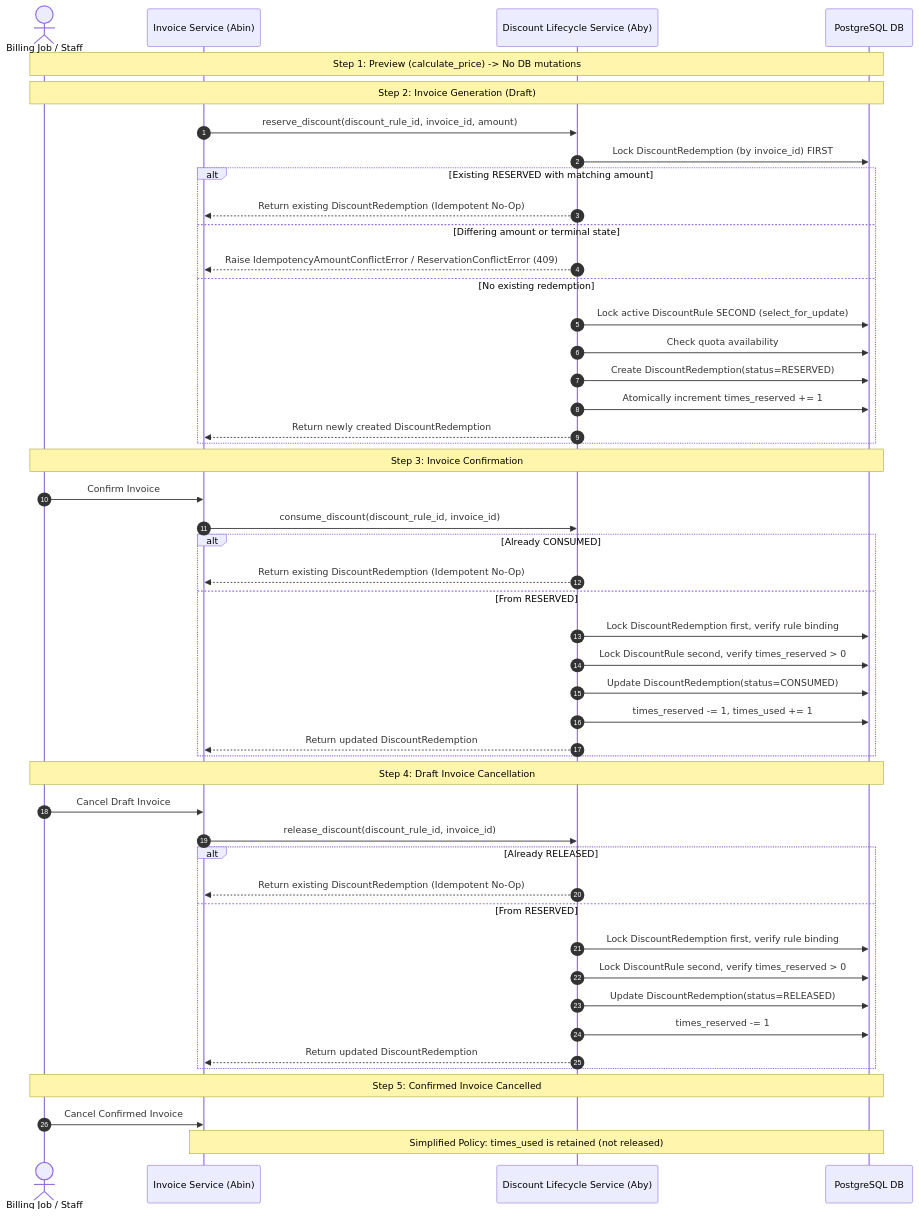
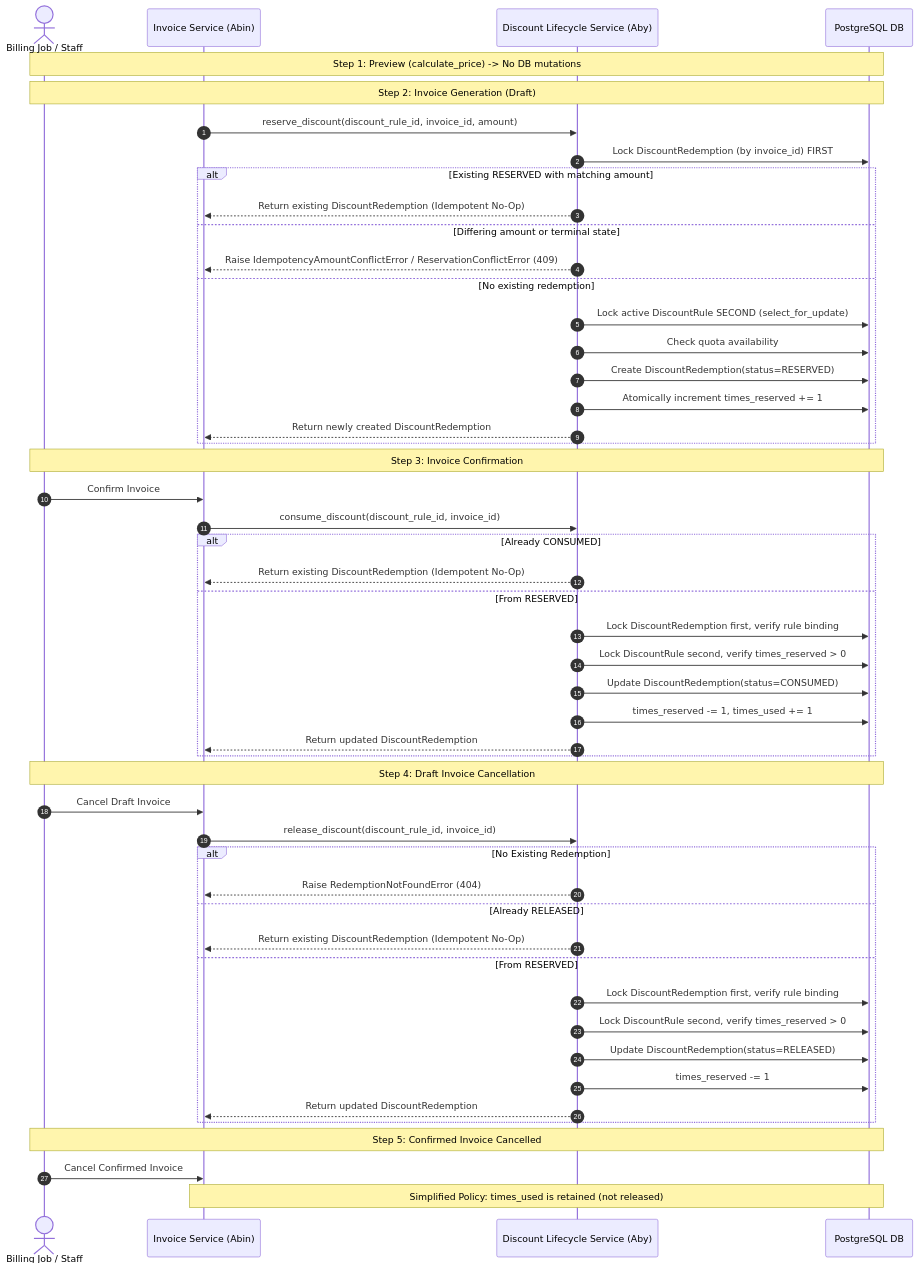
The second of 2 diagrams in docs/contracts/aby-catalog-pricing-contract.md (whyrijin/hack2026), drawn with Mermaid before and after one commit. The commit also changed other lines of this file, not shown here.

````diff
--- a/docs/contracts/aby-catalog-pricing-contract.md
+++ b/docs/contracts/aby-catalog-pricing-contract.md
@@ -917,55 +942,57 @@
 ```mermaid
 sequenceDiagram
     autonumber
     actor Staff as Billing Job / Staff
     participant Billing as Invoice Service (Abin)
     participant Disc as Discount Lifecycle Service (Aby)
     participant DB as PostgreSQL DB
 
     Note over Staff,DB: Step 1: Preview (calculate_price) -> No DB mutations
 
     Note over Staff,DB: Step 2: Invoice Generation (Draft)
     Billing->>Disc: reserve_discount(discount_rule_id, invoice_id, amount)
     Disc->>DB: Lock DiscountRedemption (by invoice_id) FIRST
     alt Existing RESERVED with matching amount
         Disc-->>Billing: Return existing DiscountRedemption (Idempotent No-Op)
     else Differing amount or terminal state
         Disc-->>Billing: Raise IdempotencyAmountConflictError / ReservationConflictError (409)
     else No existing redemption
         Disc->>DB: Lock active DiscountRule SECOND (select_for_update)
         Disc->>DB: Check quota availability
         Disc->>DB: Create DiscountRedemption(status=RESERVED)
         Disc->>DB: Atomically increment times_reserved += 1
         Disc-->>Billing: Return newly created DiscountRedemption
     end
 
     Note over Staff,DB: Step 3: Invoice Confirmation
     Staff->>Billing: Confirm Invoice
     Billing->>Disc: consume_discount(discount_rule_id, invoice_id)
     alt Already CONSUMED
         Disc-->>Billing: Return existing DiscountRedemption (Idempotent No-Op)
     else From RESERVED
         Disc->>DB: Lock DiscountRedemption first, verify rule binding
         Disc->>DB: Lock DiscountRule second, verify times_reserved > 0
         Disc->>DB: Update DiscountRedemption(status=CONSUMED)
         Disc->>DB: times_reserved -= 1, times_used += 1
         Disc-->>Billing: Return updated DiscountRedemption
     end
 
     Note over Staff,DB: Step 4: Draft Invoice Cancellation
     Staff->>Billing: Cancel Draft Invoice
     Billing->>Disc: release_discount(discount_rule_id, invoice_id)
-    alt Already RELEASED
+    alt No Existing Redemption
+        Disc-->>Billing: Raise RedemptionNotFoundError (404)
+    else Already RELEASED
         Disc-->>Billing: Return existing DiscountRedemption (Idempotent No-Op)
     else From RESERVED
         Disc->>DB: Lock DiscountRedemption first, verify rule binding
         Disc->>DB: Lock DiscountRule second, verify times_reserved > 0
         Disc->>DB: Update DiscountRedemption(status=RELEASED)
         Disc->>DB: times_reserved -= 1
         Disc-->>Billing: Return updated DiscountRedemption
     end
 
     Note over Staff,DB: Step 5: Confirmed Invoice Cancelled
     Staff->>Billing: Cancel Confirmed Invoice
     Note over Billing,DB: Simplified Policy: times_used is retained (not released)
 ```
````
